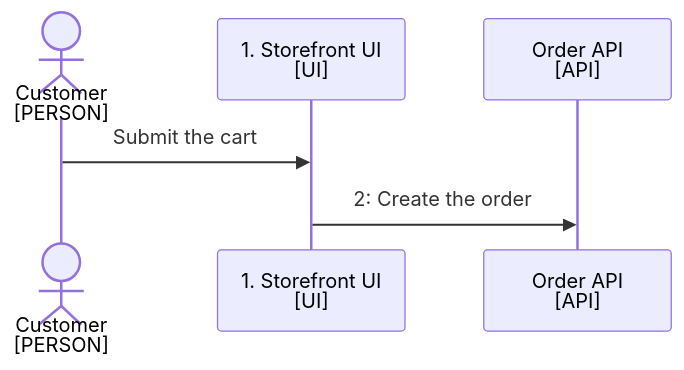
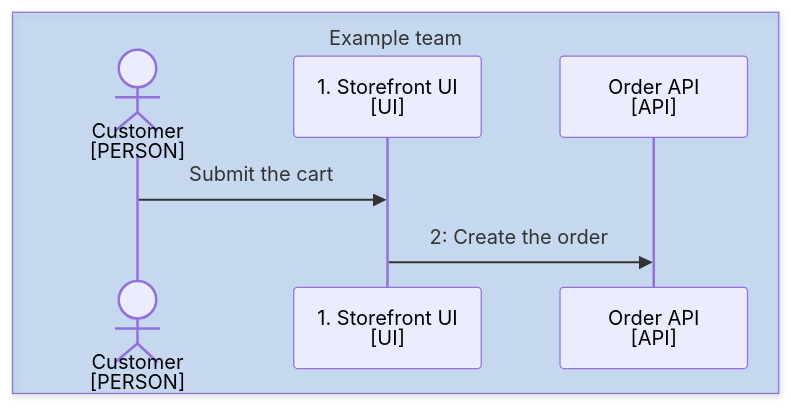
The diagram in skills/docsmith/scripts/fixtures/bad/mmd-sequence.md (choonchernlim/skills), drawn with Mermaid before and after one commit. The commit also changed 47 other files, not shown here.

First line of the commit message:
feat(docsmith): require owner colors, sequence owner bands, and docs domain folders

````diff
--- a/skills/docsmith/scripts/fixtures/bad/mmd-sequence.md
+++ b/skills/docsmith/scripts/fixtures/bad/mmd-sequence.md
@@ -14,9 +14,11 @@
 ```mermaid
 sequenceDiagram
-  actor Customer as Customer<br/>[PERSON]
-  participant Browser as 1. Storefront UI<br/>[UI]
-  participant Route as Order API<br/>[API]
+  box rgba(26,115,232,0.2) Example team
+    actor Customer as Customer<br/>[PERSON]
+    participant Browser as 1. Storefront UI<br/>[UI]
+    participant Route as Order API<br/>[API]
+  end
 
   Customer->>Browser: Submit the cart
   Browser->>Route: 2: Create the order
 ```
````
